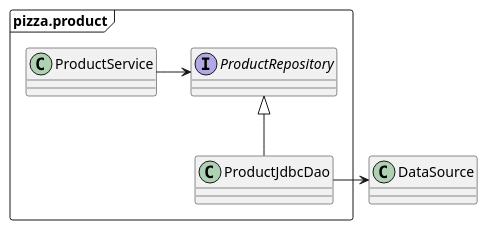
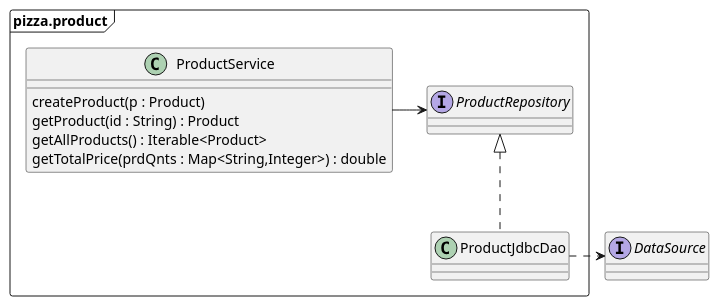
Before and after one commit to codevibe-de/spring-pizza-all: the diagram in doc/product.puml, drawn with PlantUML.

Commit message:
improved product.puml

```diff
--- a/doc/product.puml
+++ b/doc/product.puml
@@ -1,13 +1,20 @@
 @startuml
 'https://plantuml.com/class-diagram
 set namespaceSeparator ::
 
 package "pizza.product" <<Frame>> {
-class ProductService
+class ProductService {
+createProduct(p : Product)
+getProduct(id : String) : Product
+getAllProducts() : Iterable<Product>
+getTotalPrice(prdQnts : Map<String,Integer>) : double
+}
 interface ProductRepository
-class ProductJdbcDao extends ProductRepository
+class ProductJdbcDao implements ProductRepository
 }
 
+interface DataSource
+
 ProductService -right-> ProductRepository
-ProductJdbcDao -right-> DataSource
+ProductJdbcDao .-right-> DataSource
 @enduml
```
